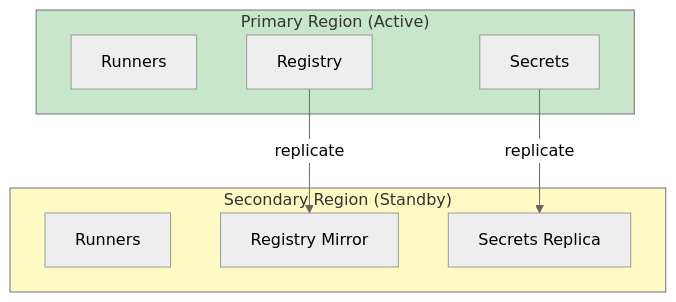
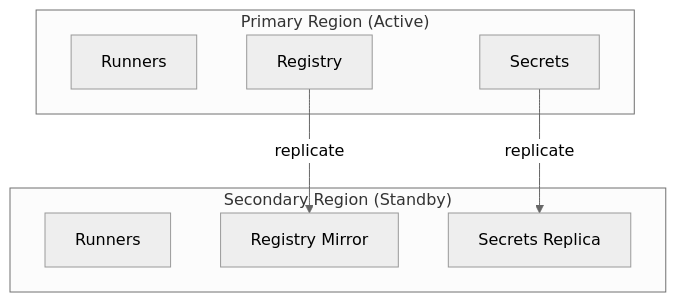
One commit to shivam-g-mishra/blog changed the second of 2 diagrams in docs/cicd/enterprise-cicd.md. Above: the diagram before and after it, drawn with Mermaid. The commit also changed other lines of this file and 23 other files, not shown here.

First line of the commit message:
fix: improve Mermaid diagram visibility in dark mode

````diff
--- a/docs/cicd/enterprise-cicd.md
+++ b/docs/cicd/enterprise-cicd.md
@@ -501,21 +498,18 @@
 ```mermaid
 %%{init: {'theme': 'neutral'}}%%
 flowchart TB
     subgraph primary["Primary Region (Active)"]
         P1[Runners]
         P2[Registry]
         P3[Secrets]
     end
     
     subgraph secondary["Secondary Region (Standby)"]
         S1[Runners]
         S2[Registry Mirror]
         S3[Secrets Replica]
     end
     
     P2 --> |replicate| S2
     P3 --> |replicate| S3
-    
-    style primary fill:#c8e6c9
-    style secondary fill:#fff9c4
 ```
````
